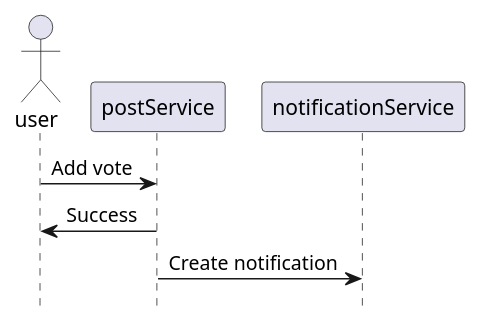
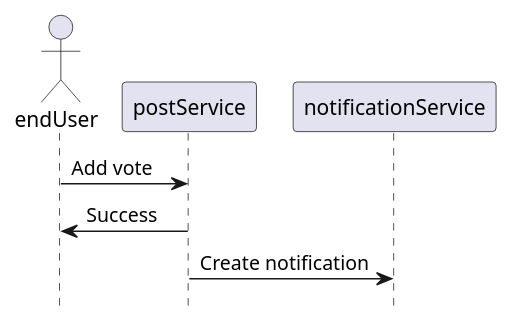
Before and after one commit to saifaldin/diagrams: the diagram in post.vote.sequenceDiagram.plantuml, drawn with PlantUML. The commit also changed 2 other files, not shown here.

Commit message:
Notifications service database and sequence diagrams

```diff
--- a/post.vote.sequenceDiagram.plantuml
+++ b/post.vote.sequenceDiagram.plantuml
@@ -1,15 +1,15 @@
 @startuml
 hide footbox
 
-actor user
+actor endUser
 
 participant postService
 participant notificationService
 
-user -> postService : Add vote
+endUser -> postService : Add vote
 
 ' To be made async in design
-postService -> user : Success
+postService -> endUser : Success
 postService -> notificationService: Create notification
 
 @enduml
```
